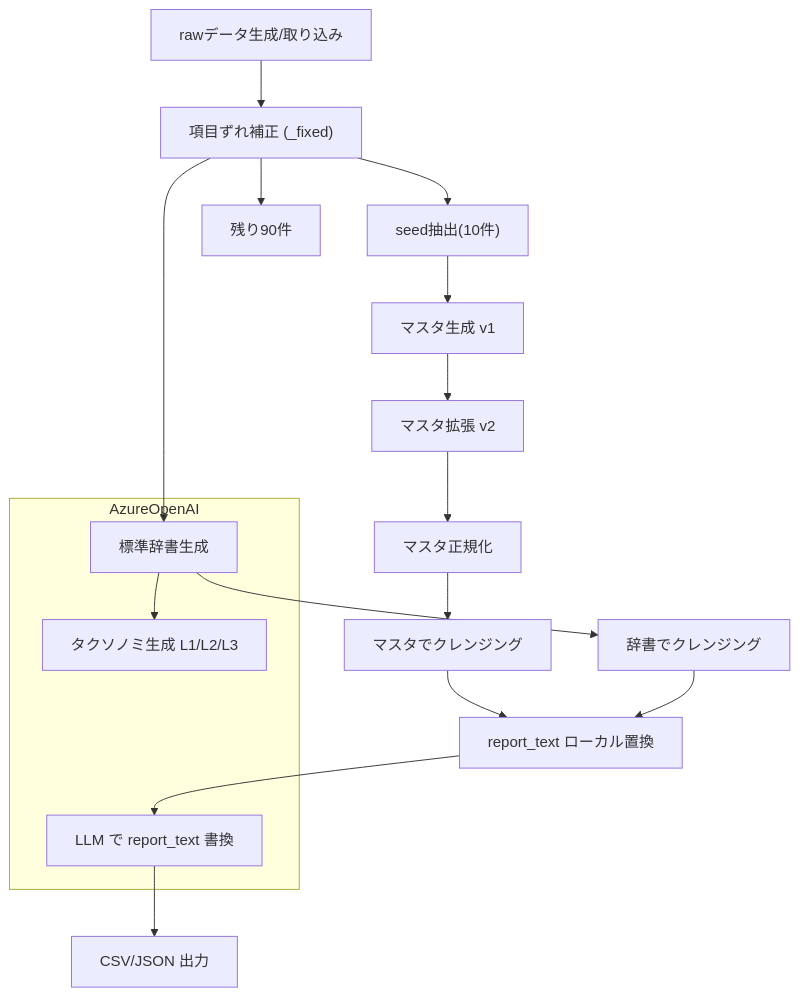
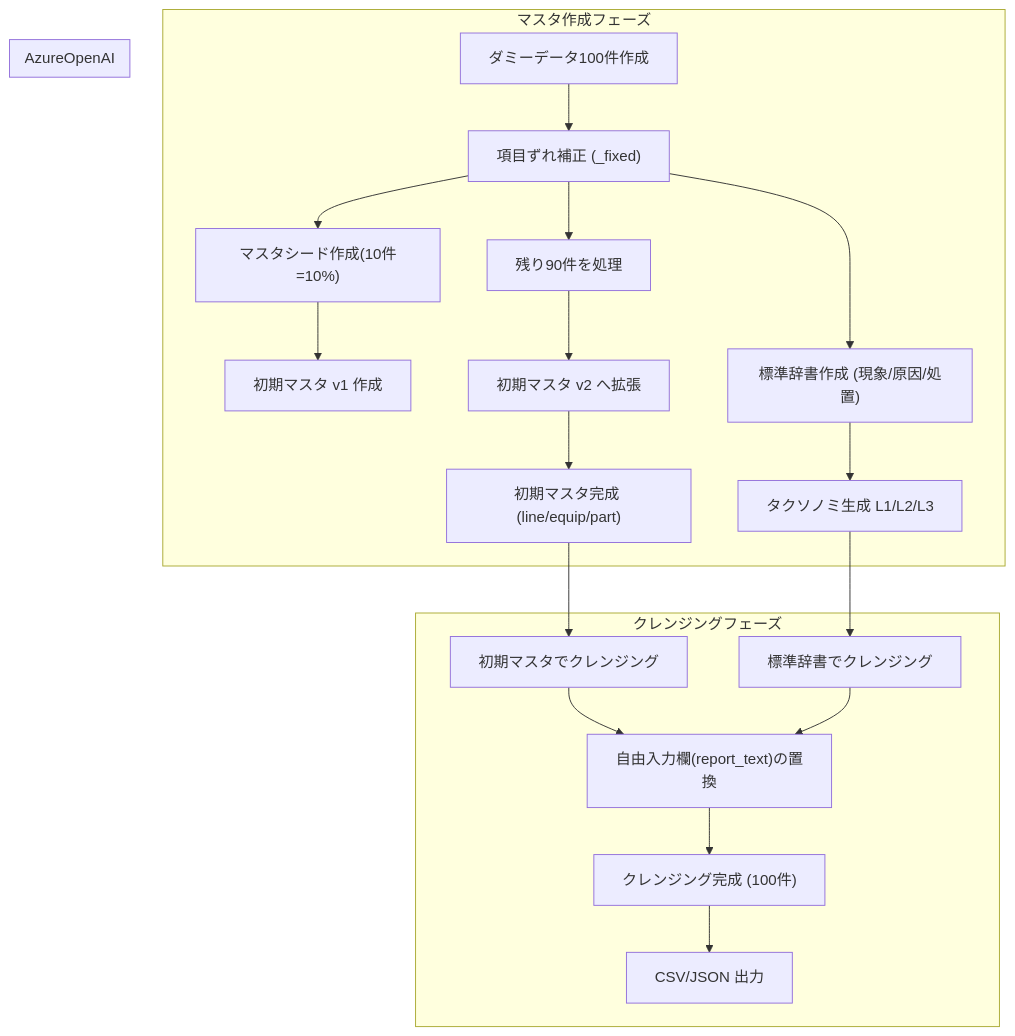
The second of 8 diagrams in feasibility_master_generation_design.md (kiwiiosaru-jp/shinkijigyou_AI_Agent_demo), drawn with Mermaid before and after one commit.

````diff
--- a/feasibility_master_generation_design.md
+++ b/feasibility_master_generation_design.md
@@ -132,23 +132,28 @@
 ```mermaid
 flowchart TD
-    A["rawデータ生成/取り込み"] --> B["項目ずれ補正 (_fixed)"]
-    B --> C["seed抽出(10件)"]
-    C --> D["マスタ生成 v1"]
-    B --> E["残り90件"]
-    D --> F["マスタ拡張 v2"]
-    F --> G["マスタ正規化"]
-    B --> H["標準辞書生成"]
-    H --> I["タクソノミ生成 L1/L2/L3"]
-    G --> J["マスタでクレンジング"]
-    H --> K["辞書でクレンジング"]
-    J --> L["report_text ローカル置換"]
-    K --> L
-    L --> M["LLM で report_text 書換"]
-    M --> N["CSV/JSON 出力"]
+    subgraph MasterPhase["マスタ作成フェーズ"]
+        A["ダミーデータ100件作成"] --> B["項目ずれ補正 (_fixed)"]
+        B --> C["マスタシード作成(10件=10%)"]
+        C --> D["初期マスタ v1 作成"]
+        B --> E["残り90件を処理"]
+        E --> F["初期マスタ v2 へ拡張"]
+        F --> G["初期マスタ完成 (line/equip/part)"]
+        B --> H["標準辞書作成 (現象/原因/処置)"]
+        H --> I["タクソノミ生成 L1/L2/L3"]
+    end
+
+    subgraph CleansePhase["クレンジングフェーズ"]
+        G --> J["初期マスタでクレンジング"]
+        I --> K["標準辞書でクレンジング"]
+        J --> L["自由入力欄(report_text)の置換"]
+        K --> L
+        L --> M["クレンジング完成 (100件)"]
+        M --> N["CSV/JSON 出力"]
+    end
 
     subgraph AzureOpenAI
         H
         I
         M
     end
 ```
````
